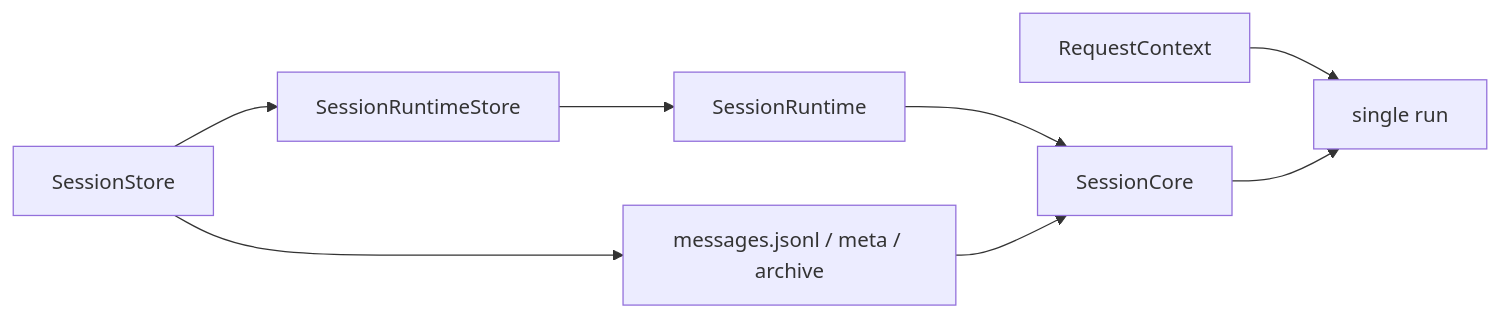
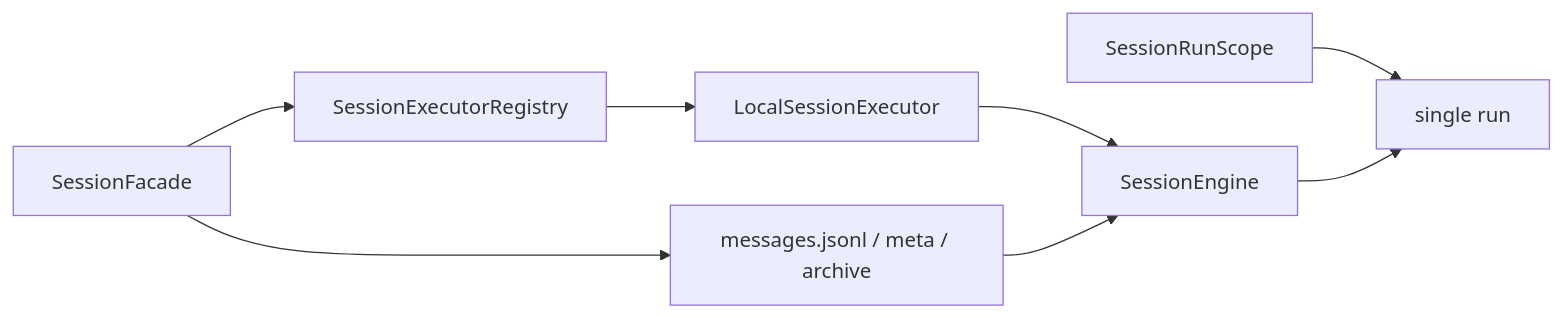
The diagram in homepage/content/devdocs/zh/session/overview.mdx (wangenius/downcity), drawn with Mermaid before and after one commit. The commit also changed other lines of this file and 419 other files, not shown here.

````diff
--- a/homepage/content/devdocs/zh/session/overview.mdx
+++ b/homepage/content/devdocs/zh/session/overview.mdx
@@ -130,18 +130,18 @@
 ```mermaid
 flowchart LR
-  S["SessionStore"]
-  RS["SessionRuntimeStore"]
-  RT["SessionRuntime"]
-  CORE["SessionCore"]
-  RC["RequestContext"]
+  S["SessionFacade"]
+  RS["SessionExecutorRegistry"]
+  RT["LocalSessionExecutor"]
+  CORE["SessionEngine"]
+  RC["SessionRunScope"]
   MSG["messages.jsonl / meta / archive"]
   RUN["single run"]
 
   S --> RS
   RS --> RT
   RT --> CORE
   S --> MSG
   RC --> RUN
   CORE --> RUN
   MSG --> CORE
 ```
````
